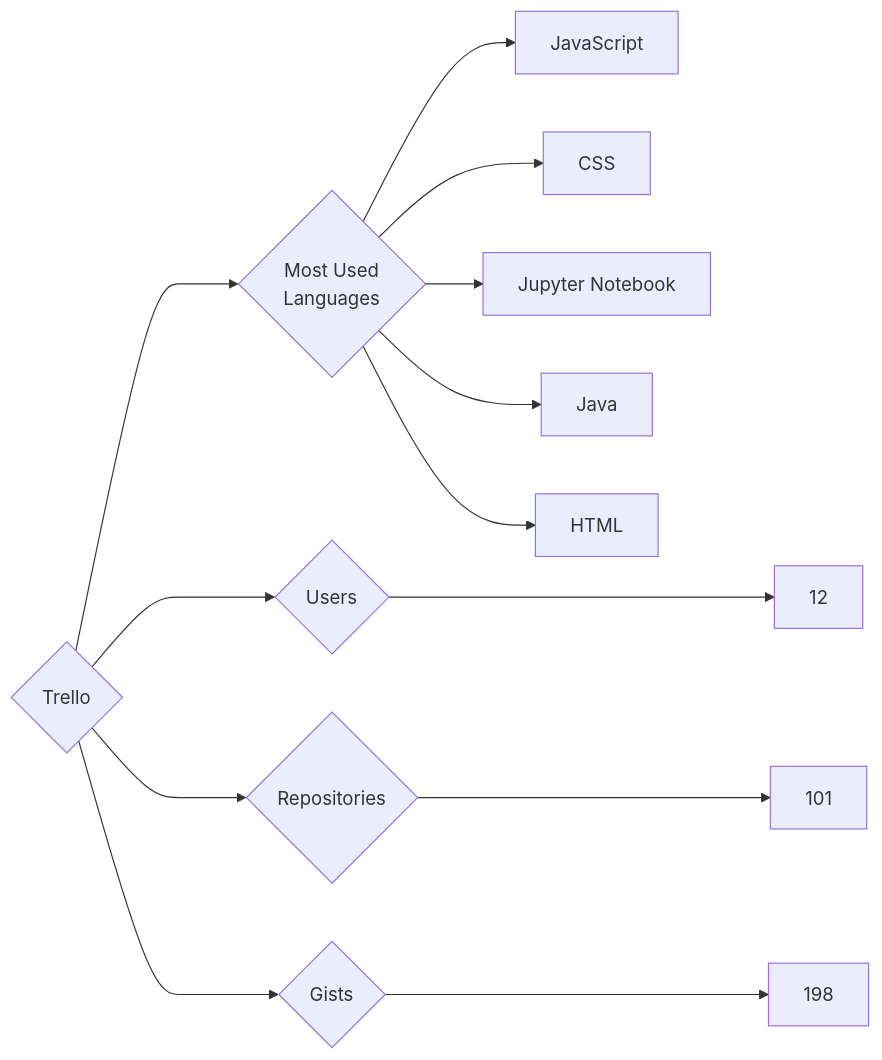
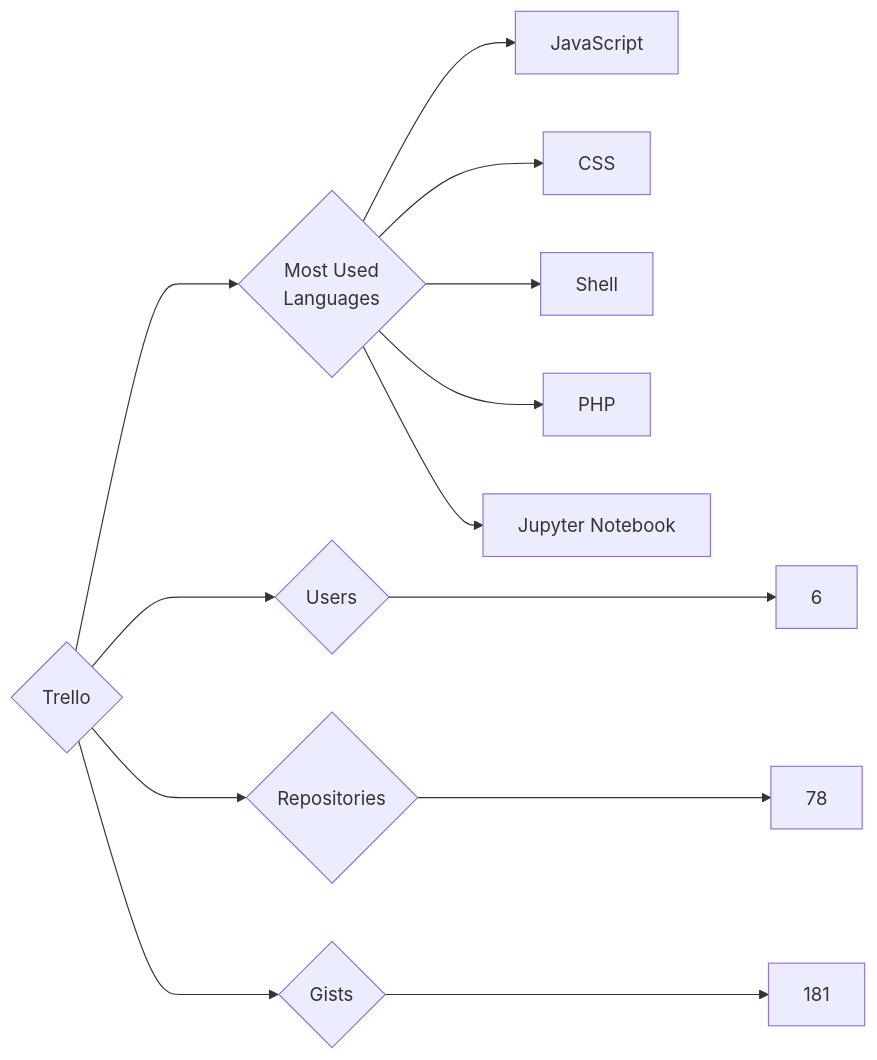
One commit to trickest/insiders changed the diagram in targets/Trello/README.md. Above: the diagram before and after it, drawn with Mermaid. The commit also changed 444 other files, not shown here.

````diff
--- a/targets/Trello/README.md
+++ b/targets/Trello/README.md
@@ -3,13 +3,13 @@
 ```mermaid
 graph LR
 COMPANY_NAME{Trello}
-COMPANY_NAME ---> U{Users} ---> UN[12]
-COMPANY_NAME ---> R{Repositories} ---> RN[101]
-COMPANY_NAME ---> G{Gists} ---> GN[198]
+COMPANY_NAME ---> U{Users} ---> UN[6]
+COMPANY_NAME ---> R{Repositories} ---> RN[78]
+COMPANY_NAME ---> G{Gists} ---> GN[181]
 COMPANY_NAME ---> ML{Most Used<br>Languages}
 ML --> JavaScript[JavaScript]
 ML --> CSS[CSS]
+ML --> Shell[Shell]
+ML --> PHP[PHP]
 ML --> Jupyter_Notebook[Jupyter Notebook]
-ML --> Java[Java]
-ML --> HTML[HTML]
 ```
````
